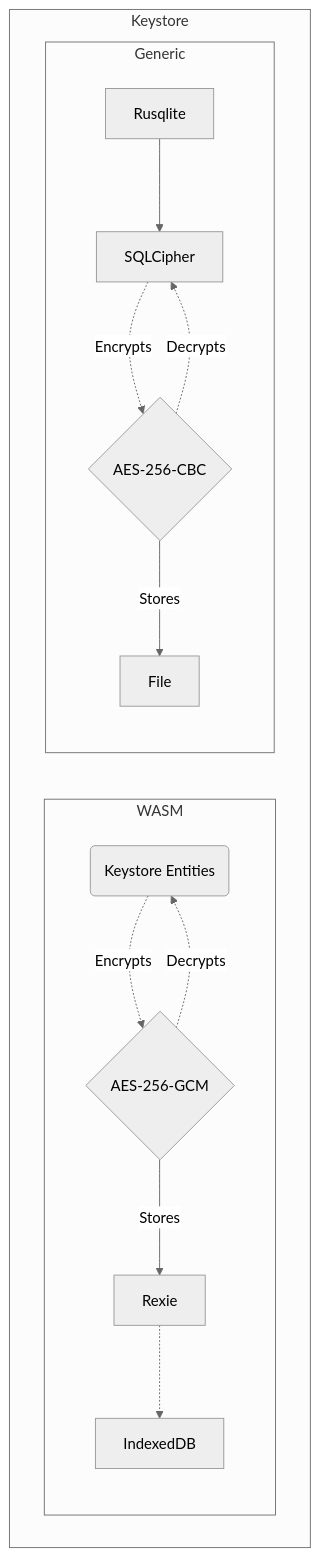
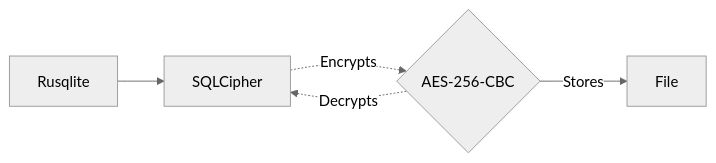
One commit to wireapp/core-crypto changed the first of 2 diagrams in cc-book/src/development/KEYSTORE_IMPLEMENTATION.md. Above: the diagram before and after it, drawn with Mermaid (neutral theme). The commit also changed other lines of this file and 4 other files, not shown here.

````diff
--- a/cc-book/src/development/KEYSTORE_IMPLEMENTATION.md
+++ b/cc-book/src/development/KEYSTORE_IMPLEMENTATION.md
@@ -42,20 +17,8 @@
 ```mermaid
-graph TD
-    subgraph KS [Keystore]
-        subgraph w [WASM]
-            B(Keystore Entities)
-            C{AES-256-GCM} -->|Stores| R[Rexie]
-            B -.->|Encrypts| C
-            C -.->|Decrypts| B
-            R -.-> I[IndexedDB]
-        end
-
-        subgraph g [Generic]
-            RS[Rusqlite] --> S[SQLCipher]
-            SC{AES-256-CBC}
-            S -.->|Encrypts| SC
-            SC -.->|Decrypts| S
-            SC -->|Stores| SF[File]
-        end
-    end
+graph LR
+    RS[Rusqlite] --> S[SQLCipher]
+    SC{AES-256-CBC}
+    S -.->|Encrypts| SC
+    SC -.->|Decrypts| S
+    SC -->|Stores| SF[File]
 ```
````
